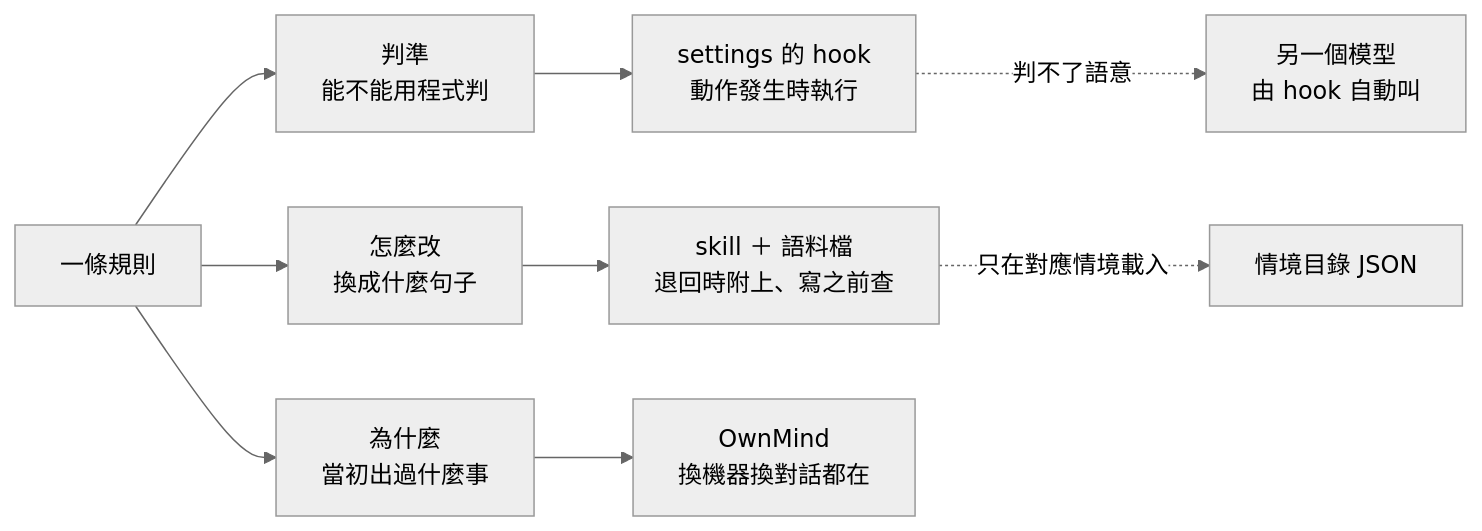
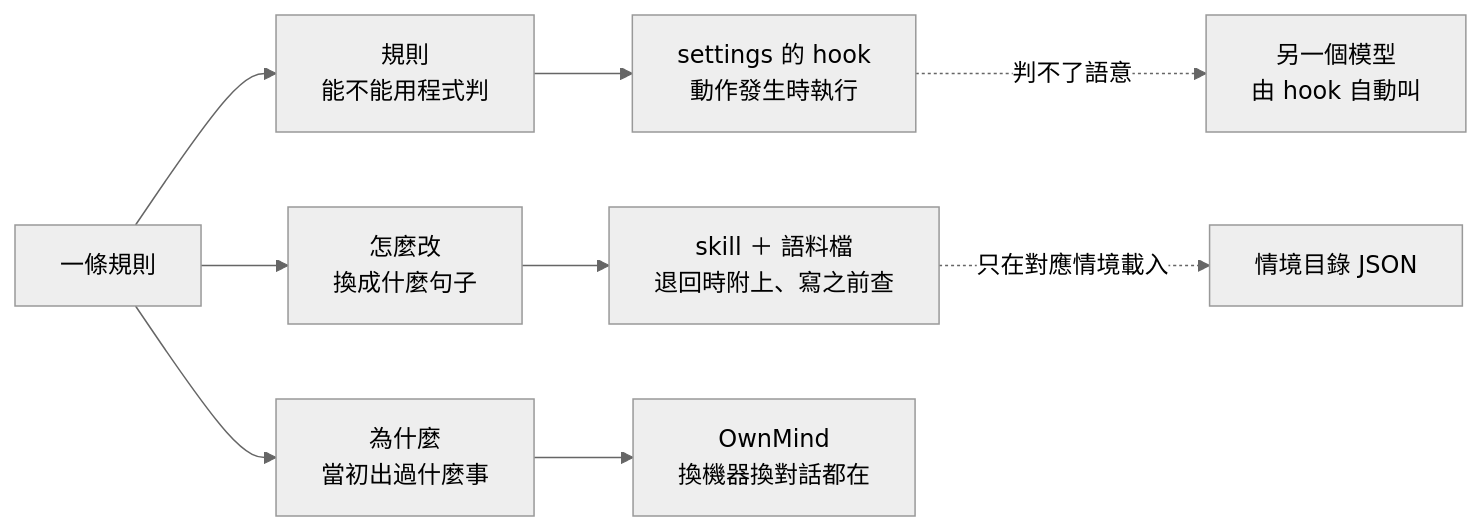
The second of 4 diagrams in copy-rules/文案品管制度.md (miou1107/toneguard), drawn with Mermaid (neutral theme) before and after one commit. The commit also changed other lines of this file and 24 other files, not shown here.

````diff
--- a/copy-rules/文案品管制度.md
+++ b/copy-rules/文案品管制度.md
@@ -93,13 +93,13 @@
 ```mermaid
 flowchart LR
-    R[一條規則] --> R1[判準<br/>能不能用程式判]
+    R[一條規則] --> R1[規則<br/>能不能用程式判]
     R --> R2[怎麼改<br/>換成什麼句子]
     R --> R3[為什麼<br/>當初出過什麼事]
 
     R1 --> H[settings 的 hook<br/>動作發生時執行]
     R2 --> S[skill ＋ 語料檔<br/>退回時附上、寫之前查]
     R3 --> O[OwnMind<br/>換機器換對話都在]
 
     H -.判不了語意.-> J[另一個模型<br/>由 hook 自動叫]
     S -.只在對應情境載入.-> C[情境目錄 JSON]
 ```
````
